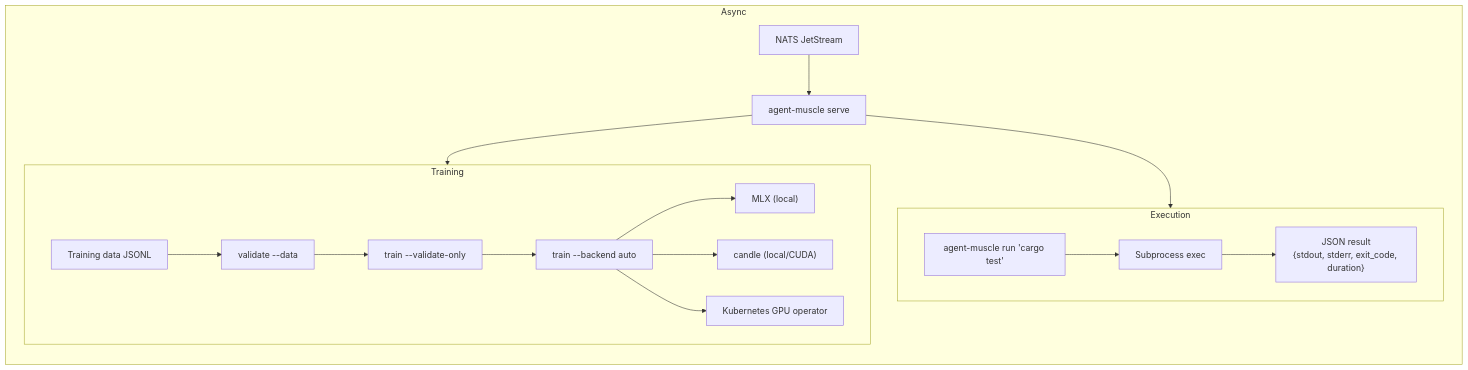
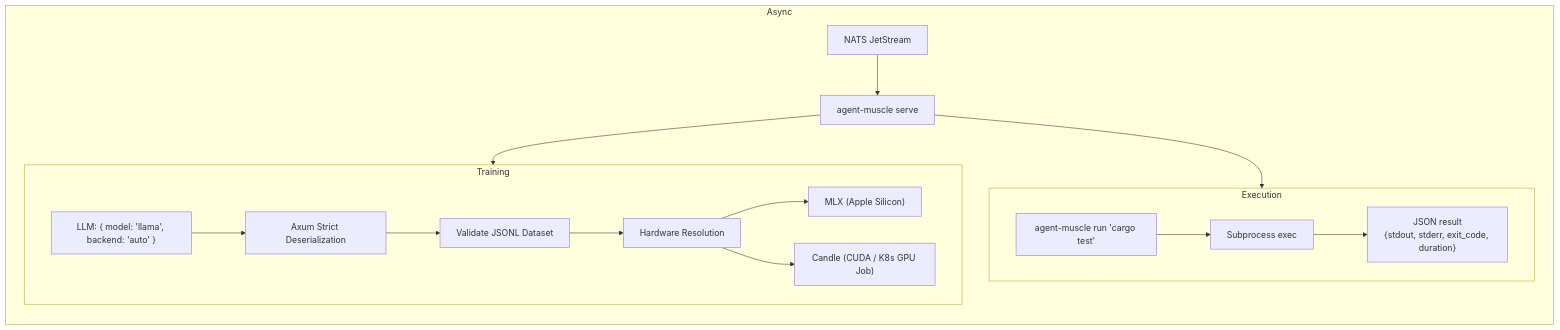
The diagram in README.md (autonomic-ai-dev/agent-muscle), drawn with Mermaid before and after one commit. The commit also changed other lines of this file and 1 other file, not shown here.

Commit message:
docs: Refactor README to remove biological metaphors and document technical architecture (#7)

````diff
--- a/README.md
+++ b/README.md
@@ -24,22 +43,21 @@
 ```mermaid
 flowchart LR
     subgraph Execution
         Cmd["agent-muscle run 'cargo test'"] --> Sub["Subprocess exec"]
         Sub --> JSON["JSON result<br>{stdout, stderr, exit_code, duration}"]
     end
 
     subgraph Training
-        Data["Training data JSONL"] --> Validate["validate --data"]
-        Validate --> DryRun["train --validate-only"]
-        DryRun --> Train["train --backend auto"]
-        Train --> MLX["MLX (local)"]
-        Train --> Candle["candle (local/CUDA)"]
-        Train --> K8s["Kubernetes GPU operator"]
+        Data["LLM: { model: 'llama', backend: 'auto' }"] --> Parse["Axum Strict Deserialization"]
+        Parse --> Validate["Validate JSONL Dataset"]
+        Validate --> Resolve["Hardware Resolution"]
+        Resolve --> MLX["MLX (Apple Silicon)"]
+        Resolve --> Candle["Candle (CUDA / K8s GPU Job)"]
     end
 
     subgraph Async
         Jet["NATS JetStream"] --> Serve["agent-muscle serve"]
         Serve --> Execution
         Serve --> Training
     end
 ```
````
